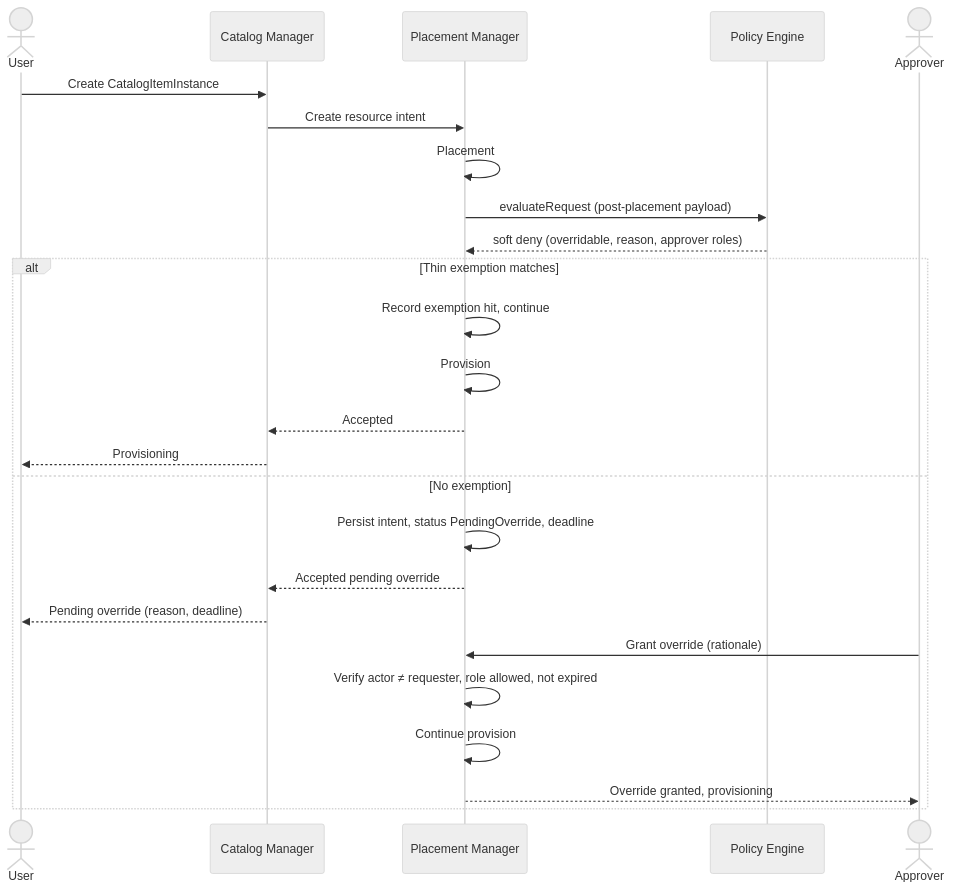
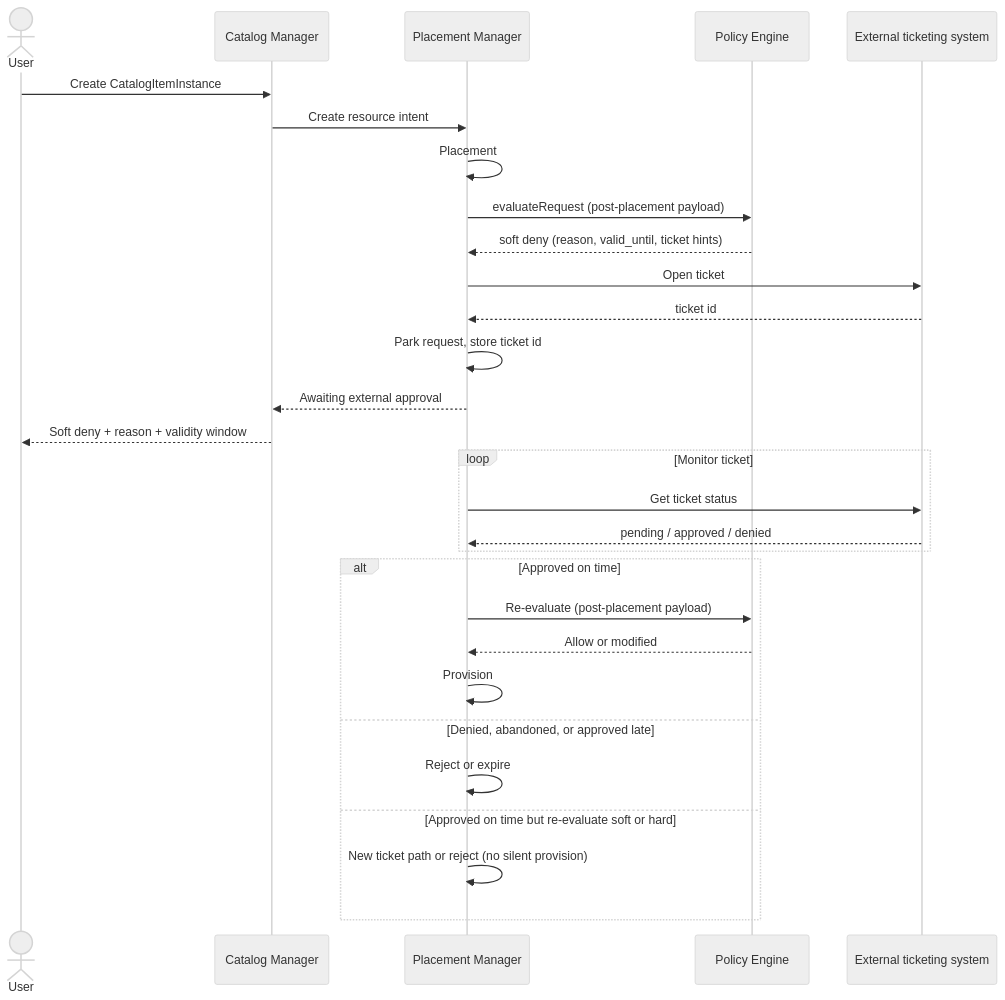
One commit to dcm-project/enhancements changed the third of 3 diagrams in enhancements/request-approval/request-approval.md. Above: the diagram before and after it, drawn with Mermaid (neutral theme). The commit also changed other lines of this file and 2 other files, not shown here.

First line of the commit message:
Rewrite request-approval around Rego soft deny and tickets.

````diff
--- a/enhancements/request-approval/request-approval.md
+++ b/enhancements/request-approval/request-approval.md
@@ -429,28 +438,32 @@
 ```mermaid
 sequenceDiagram
     actor User
     participant CM as Catalog Manager
     participant PM as Placement Manager
     participant PE as Policy Engine
-    actor Approver
+    participant TicketSys as External ticketing system
 
     User->>CM: Create CatalogItemInstance
     CM->>PM: Create resource intent
     PM->>PM: Placement
     PM->>PE: evaluateRequest (post-placement payload)
-    PE-->>PM: soft deny (overridable, reason, approver roles)
-    alt Thin exemption matches
-        PM->>PM: Record exemption hit, continue
+    PE-->>PM: soft deny (reason, valid_until, ticket hints)
+    PM->>TicketSys: Open ticket
+    TicketSys-->>PM: ticket id
+    PM->>PM: Park request, store ticket id
+    PM-->>CM: Awaiting external approval
+    CM-->>User: Soft deny + reason + validity window
+    loop Monitor ticket
+        PM->>TicketSys: Get ticket status
+        TicketSys-->>PM: pending / approved / denied
+    end
+    alt Approved on time
+        PM->>PE: Re-evaluate (post-placement payload)
+        PE-->>PM: Allow or modified
         PM->>PM: Provision
-        PM-->>CM: Accepted
-        CM-->>User: Provisioning
-    else No exemption
-        PM->>PM: Persist intent, status PendingOverride, deadline
-        PM-->>CM: Accepted pending override
-        CM-->>User: Pending override (reason, deadline)
-        Approver->>PM: Grant override (rationale)
-        PM->>PM: Verify actor ≠ requester, role allowed, not expired
-        PM->>PM: Continue provision
-        PM-->>Approver: Override granted, provisioning
+    else Denied, abandoned, or approved late
+        PM->>PM: Reject or expire
+    else Approved on time but re-evaluate soft or hard
+        PM->>PM: New ticket path or reject (no silent provision)
     end
 ```
````
